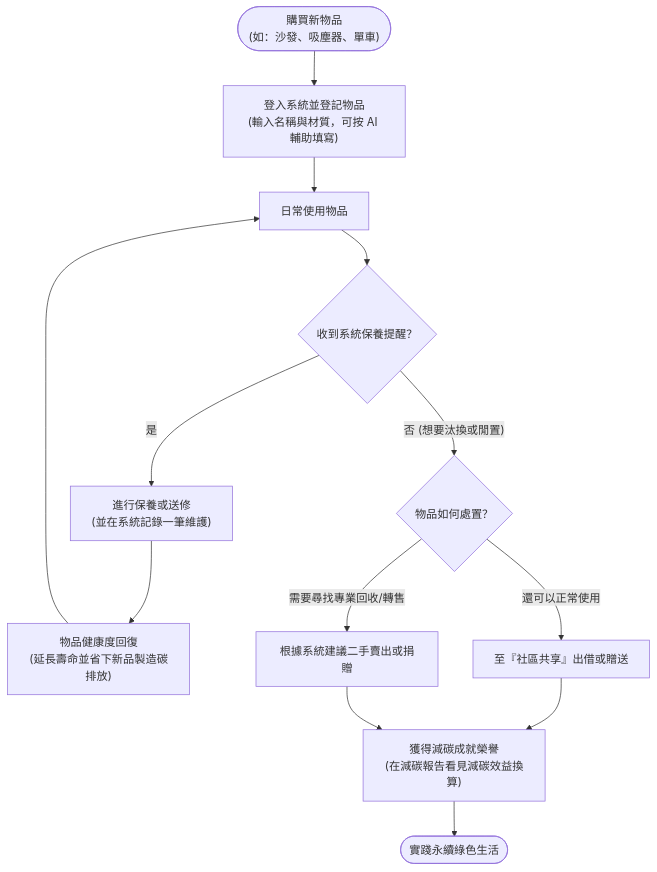
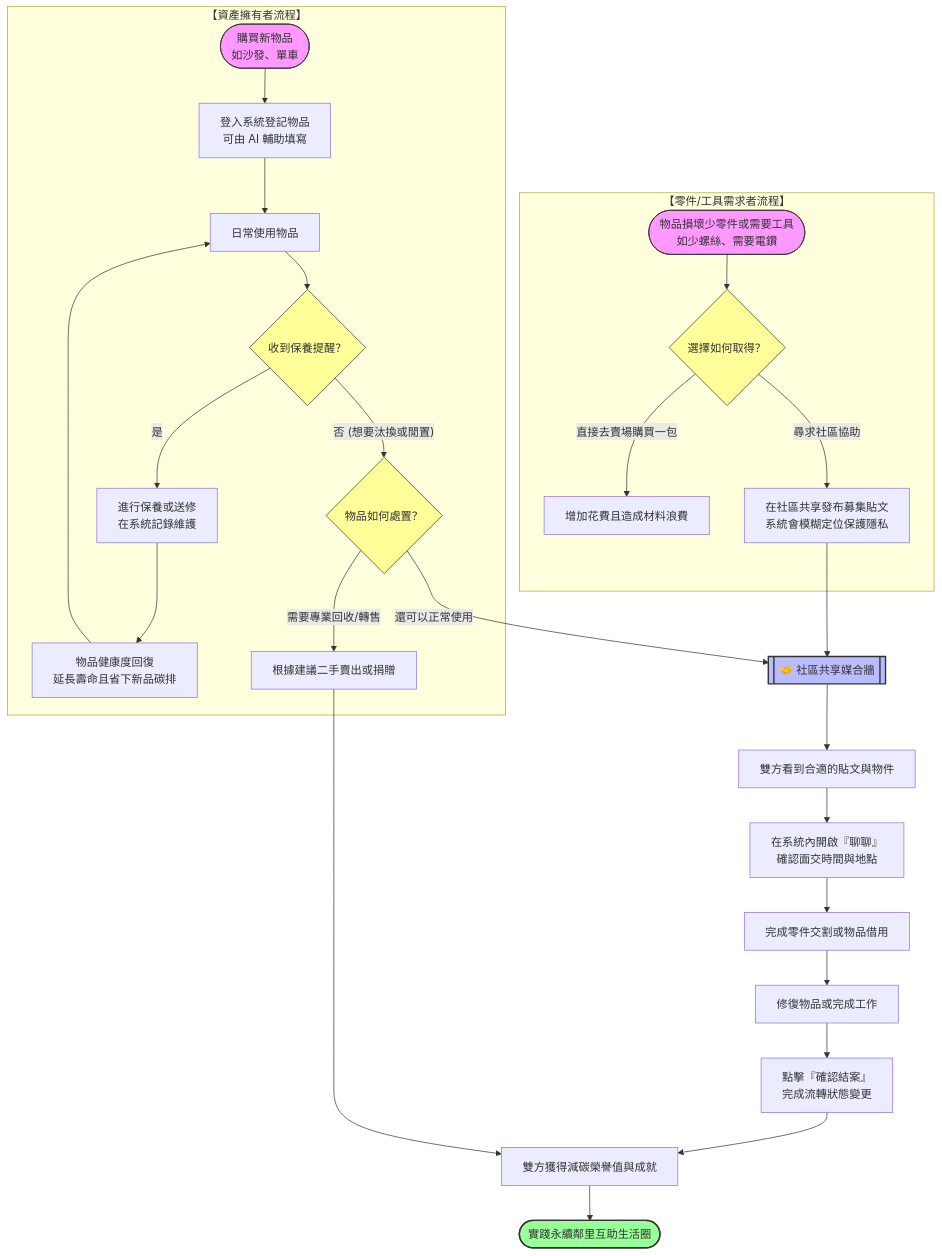
Before and after one commit to Erin-ko/GreenPassport: the sixth of 6 diagrams in doc/system_analysis.md, drawn with Mermaid. The commit also changed other lines of this file, not shown here.

Commit message:
docs: 合併物品生命週期與社區互助流程為單一整合式流程圖

````diff
--- a/doc/system_analysis.md
+++ b/doc/system_analysis.md
@@ -221,19 +219,46 @@
 ```mermaid
 graph TD
-    Start(["購買新物品 <br/> (如：沙發、吸塵器、單車)"]) --> Register["登入系統並登記物品<br/>(輸入名稱與材質，可按 AI 輔助填寫)"]
-    Register --> Use["日常使用物品"]
-    Use --> Alert{"收到系統保養提醒？"}
+    %% 角色定義與起點
+    subgraph OwnerFlow ["【資產擁有者流程】"]
+        Start1(["購買新物品 <br/> 如沙發、單車"]) --> Register["登入系統登記物品<br/>可由 AI 輔助填寫"]
+        Register --> Use["日常使用物品"]
+        Use --> Alert{"收到保養提醒？"}
+        
+        Alert -- 是 --> Maintain["進行保養或送修<br/>在系統記錄維護"]
+        Maintain --> Health["物品健康度回復<br/>延長壽命且省下新品碳排"]
+        Health --> Use
+        
+        Alert -- 否 (想要汰換或閒置) --> Decision{"物品如何處置？"}
+        Decision -->|需要專業回收/轉售| Recover["根據建議二手賣出或捐贈"]
+    end
+
+    subgraph BorrowerFlow ["【零件/工具需求者流程】"]
+        Start2(["物品損壞少零件或需要工具<br/>如少螺絲、需要電鑽"]) --> Action{"選擇如何取得？"}
+        Action -->|直接去賣場購買一包| Buy["增加花費且造成材料浪費"]
+        Action -->|尋求社區協助| Post["在社區共享發布募集貼文<br/>系統會模糊定位保護隱私"]
+    end
+
+    %% 共同交會點：社區共享平台
+    Decision -->|還可以正常使用| ShareBoard[["🤝 社區共享媒合牆"]]
+    Post --> ShareBoard
     
-    Alert -- 是 --> Maintain["進行保養或送修<br/>(並在系統記錄一筆維護)"]
-    Maintain --> Health["物品健康度回復<br/>(延長壽命並省下新品製造碳排放)"]
-    Health --> Use
+    %% 媒合與結案流
+    ShareBoard --> Match["雙方看到合適的貼文與物件"]
+    Match --> Chat["在系統內開啟『聊聊』<br/>確認面交時間與地點"]
+    Chat --> Handover["完成零件交割或物品借用"]
+    Handover --> Repair["修復物品或完成工作"]
+    Repair --> Confirm["點擊『確認結案』<br/>完成流轉狀態變更"]
     
-    Alert -- 否 (想要汰換或閒置) --> Decision{"物品如何處置？"}
-    
-    Decision -->|還可以正常使用| Share["至『社區共享』出借或贈送"]
-    Decision -->|需要尋找專業回收/轉售| Recover["根據系統建議二手賣出或捐贈"]
-    
-    Share --> Reward["獲得減碳成就榮譽<br/>(在減碳報告看見減碳效益換算)"]
+    %% 共同終點
+    Confirm --> Reward["雙方獲得減碳榮譽值與成就"]
     Recover --> Reward
-    Reward --> End([實踐永續綠色生活])
+    Reward --> End([實踐永續鄰里互助生活圈])
+
+    style Start1 fill:#f9f,stroke:#333,stroke-width:1px
+    style Start2 fill:#f9f,stroke:#333,stroke-width:1px
+    style ShareBoard fill:#bbf,stroke:#333,stroke-width:2px
+    style End fill:#9f9,stroke:#333,stroke-width:2px
+    style Alert fill:#ff9,stroke:#333,stroke-width:1px
+    style Decision fill:#ff9,stroke:#333,stroke-width:1px
+    style Action fill:#ff9,stroke:#333,stroke-width:1px
 ```
````
